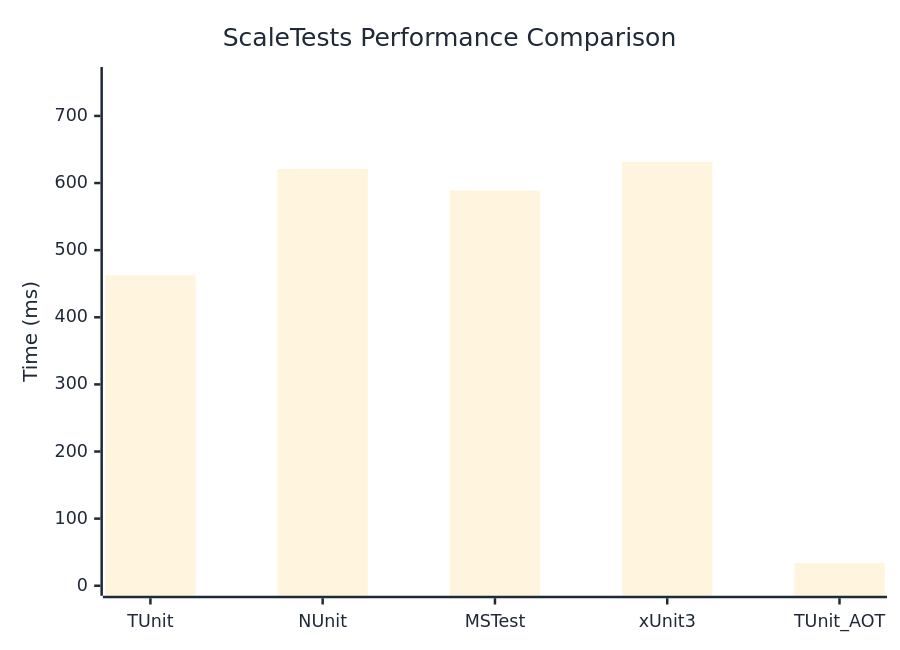
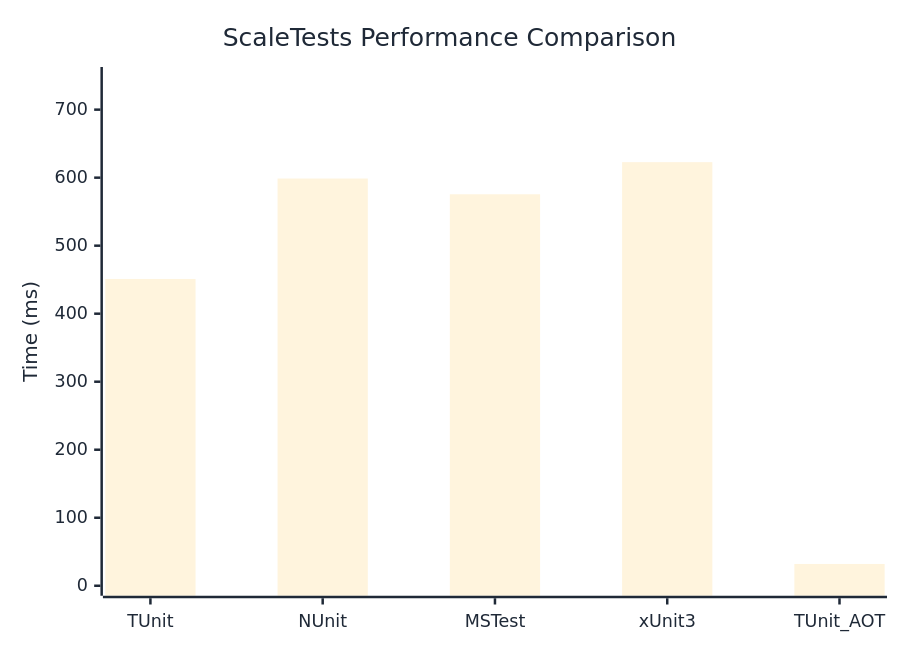
One commit to thomhurst/TUnit changed the diagram in docs/docs/benchmarks/ScaleTests.md. Above: the diagram before and after it, drawn with Mermaid. The commit also changed other lines of this file and 17 other files, not shown here.

````diff
--- a/docs/docs/benchmarks/ScaleTests.md
+++ b/docs/docs/benchmarks/ScaleTests.md
@@ -27,37 +27,37 @@
 ```mermaid
 %%{init: {
   'theme':'base',
   'themeVariables': {
     'primaryColor': '#2563eb',
     'primaryTextColor': '#1f2937',
     'primaryBorderColor': '#1e40af',
     'lineColor': '#6b7280',
     'secondaryColor': '#7c3aed',
     'tertiaryColor': '#dc2626',
     'background': '#ffffff',
     'mainBkg': '#2563eb',
     'secondBkg': '#7c3aed',
     'tertiaryBkg': '#dc2626',
     'clusterBkg': '#f3f4f6',
     'edgeLabelBackground': '#ffffff',
     'tertiaryTextColor': '#1f2937',
     'pie1': '#2563eb',
     'pie2': '#7c3aed',
     'pie3': '#dc2626',
     'pie4': '#f59e0b',
     'pie5': '#10b981',
     'pie6': '#06b6d4',
     'pie7': '#ec4899',
     'pie8': '#6366f1',
     'pie9': '#84cc16',
     'pie10': '#f97316',
     'pie11': '#14b8a6',
     'pie12': '#a855f7'
   }
 }}%%
 xychart-beta
   title "ScaleTests Performance Comparison"
   x-axis ["TUnit", "NUnit", "MSTest", "xUnit3", "TUnit_AOT"]
-  y-axis "Time (ms)" 0 --> 758
-  bar [462.73, 620.87, 588.87, 631.42, 34.01]
+  y-axis "Time (ms)" 0 --> 748
+  bar [451.05, 598.74, 575.59, 622.8, 32.02]
 ```
````
